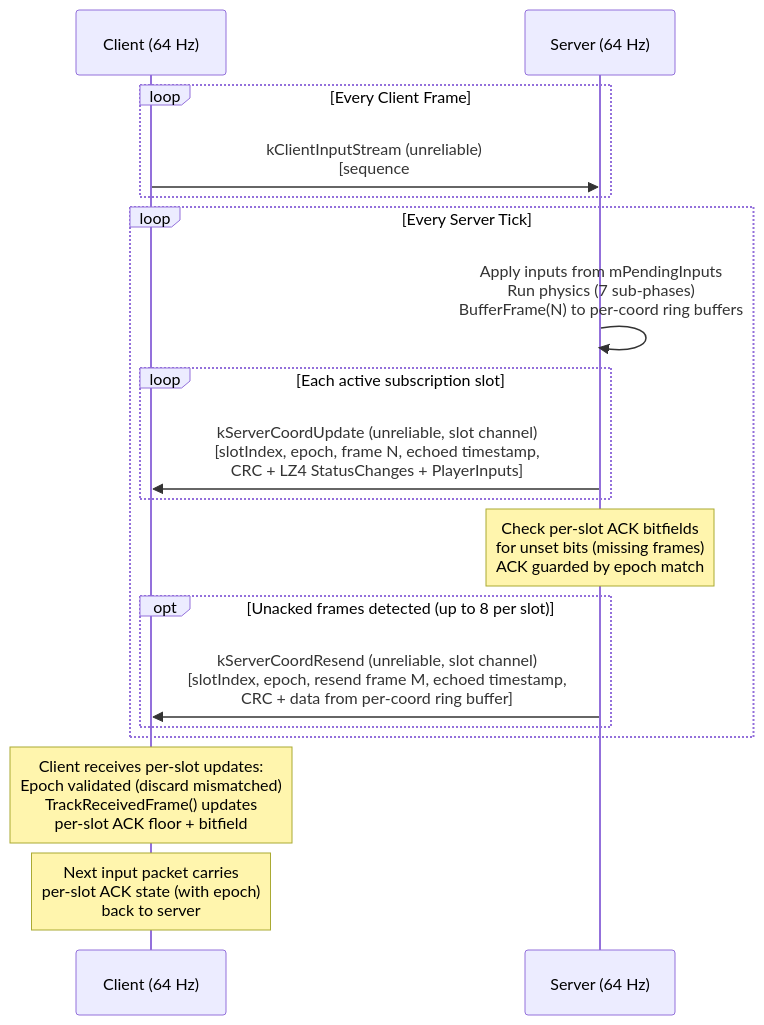
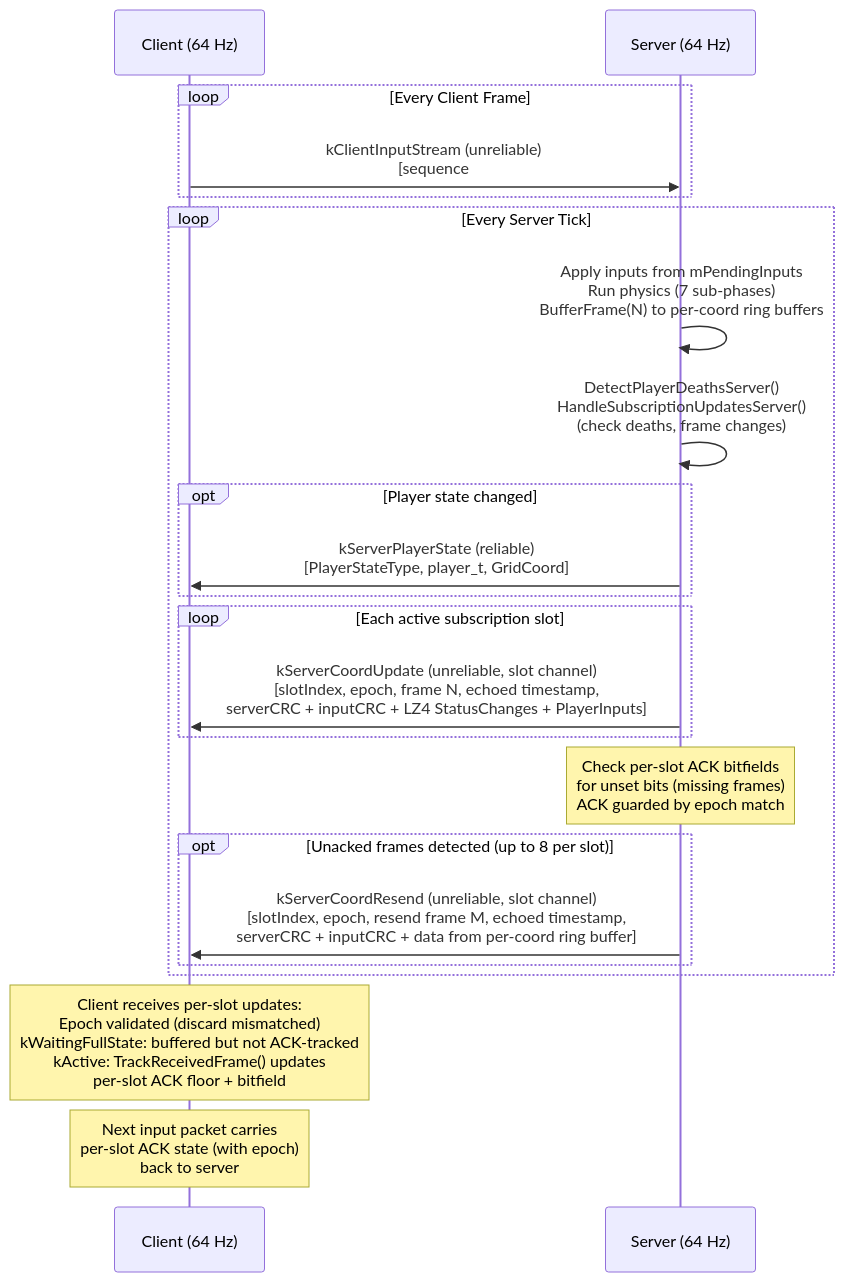
The third of 6 diagrams in Documents/Architecture/Network.md (DougTanner/BrokenEnginePublic), drawn with Mermaid before and after one commit. The commit also changed other lines of this file and 22 other files, not shown here.

````diff
--- a/Documents/Architecture/Network.md
+++ b/Documents/Architecture/Network.md
@@ -98,27 +98,32 @@
 ```mermaid
 %%{init: {'theme': 'default'}}%%
 sequenceDiagram
     participant C as Client (64 Hz)
     participant S as Server (64 Hz)
 
     loop Every Client Frame
         C->>S: kClientInputStream (unreliable)<br/>[sequence#, held flags, movement, direction,<br/>per-slot ACK (slotIndex, epoch, ackFloor, bitfield),<br/>timestamp]
     end
 
     loop Every Server Tick
         S->>S: Apply inputs from mPendingInputs<br/>Run physics (7 sub-phases)<br/>BufferFrame(N) to per-coord ring buffers
 
+        S->>S: DetectPlayerDeathsServer()<br/>HandleSubscriptionUpdatesServer()<br/>(check deaths, frame changes)
+        opt Player state changed
+            S->>C: kServerPlayerState (reliable)<br/>[PlayerStateType, player_t, GridCoord]
+        end
+
         loop Each active subscription slot
-            S->>C: kServerCoordUpdate (unreliable, slot channel)<br/>[slotIndex, epoch, frame N, echoed timestamp,<br/>CRC + LZ4 StatusChanges + PlayerInputs]
+            S->>C: kServerCoordUpdate (unreliable, slot channel)<br/>[slotIndex, epoch, frame N, echoed timestamp,<br/>serverCRC + inputCRC + LZ4 StatusChanges + PlayerInputs]
         end
 
         Note over S: Check per-slot ACK bitfields<br/>for unset bits (missing frames)<br/>ACK guarded by epoch match
 
         opt Unacked frames detected (up to 8 per slot)
-            S->>C: kServerCoordResend (unreliable, slot channel)<br/>[slotIndex, epoch, resend frame M, echoed timestamp,<br/>CRC + data from per-coord ring buffer]
+            S->>C: kServerCoordResend (unreliable, slot channel)<br/>[slotIndex, epoch, resend frame M, echoed timestamp,<br/>serverCRC + inputCRC + data from per-coord ring buffer]
         end
     end
 
-    Note over C: Client receives per-slot updates:<br/>Epoch validated (discard mismatched)<br/>TrackReceivedFrame() updates<br/>per-slot ACK floor + bitfield
+    Note over C: Client receives per-slot updates:<br/>Epoch validated (discard mismatched)<br/>kWaitingFullState: buffered but not ACK-tracked<br/>kActive: TrackReceivedFrame() updates<br/>per-slot ACK floor + bitfield
     Note over C: Next input packet carries<br/>per-slot ACK state (with epoch)<br/>back to server
 ```
````
